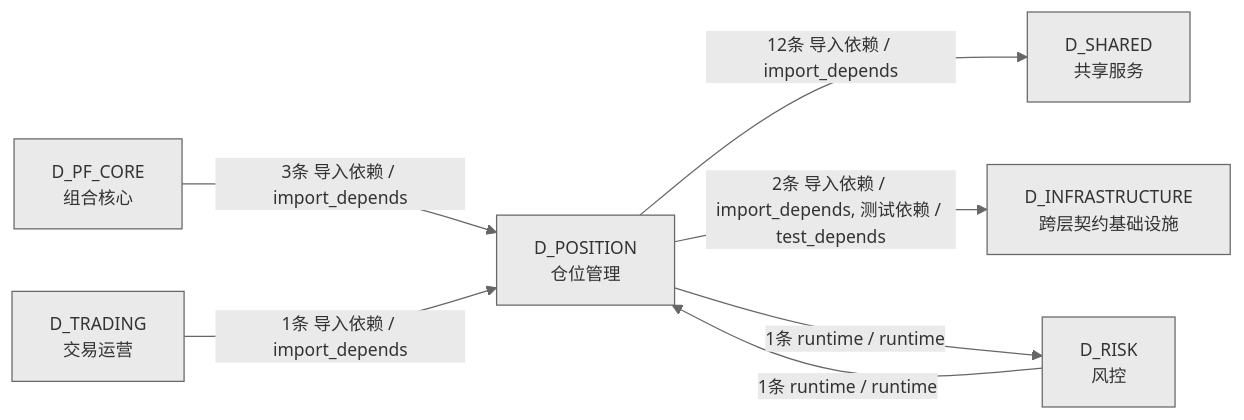
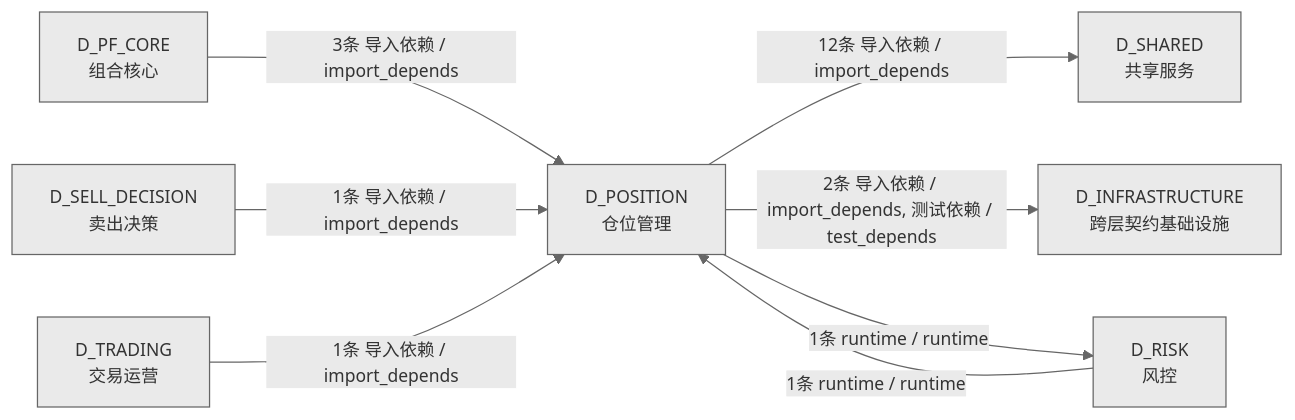
One commit to xuanFelixVan/ZephyrAlpha changed the fourth of 4 diagrams in docs/02_enterprise_architecture/02_domain_architecture_docs/64_d_position.md. Above: the diagram before and after it, drawn with Mermaid. The commit also changed other lines of this file and 69 other files, not shown here.

````diff
--- a/docs/02_enterprise_architecture/02_domain_architecture_docs/64_d_position.md
+++ b/docs/02_enterprise_architecture/02_domain_architecture_docs/64_d_position.md
@@ -271,16 +275,18 @@
 ```mermaid
 %%{init: {'theme': 'base', 'themeVariables': {'primaryColor': '#eaeaea', 'primaryTextColor': '#333333', 'primaryBorderColor': '#666666', 'lineColor': '#666666', 'secondaryColor': '#eaeaea', 'tertiaryColor': '#eaeaea', 'fontSize': '14px'}}}%%
 graph LR
     D_POSITION["D_POSITION<br/>仓位管理"]
     D_SHARED["D_SHARED<br/>共享服务"]
     D_INFRASTRUCTURE["D_INFRASTRUCTURE<br/>跨层契约基础设施"]
     D_RISK["D_RISK<br/>风控"]
     D_PF_CORE["D_PF_CORE<br/>组合核心"]
+    D_SELL_DECISION["D_SELL_DECISION<br/>卖出决策"]
     D_TRADING["D_TRADING<br/>交易运营"]
     D_POSITION -->|12条 导入依赖 / import_depends| D_SHARED
     D_POSITION -->|2条 导入依赖 / import_depends, 测试依赖 / test_depends| D_INFRASTRUCTURE
     D_POSITION -->|1条 runtime / runtime| D_RISK
     D_PF_CORE -->|3条 导入依赖 / import_depends| D_POSITION
     D_RISK -->|1条 runtime / runtime| D_POSITION
+    D_SELL_DECISION -->|1条 导入依赖 / import_depends| D_POSITION
     D_TRADING -->|1条 导入依赖 / import_depends| D_POSITION
 ```
````
